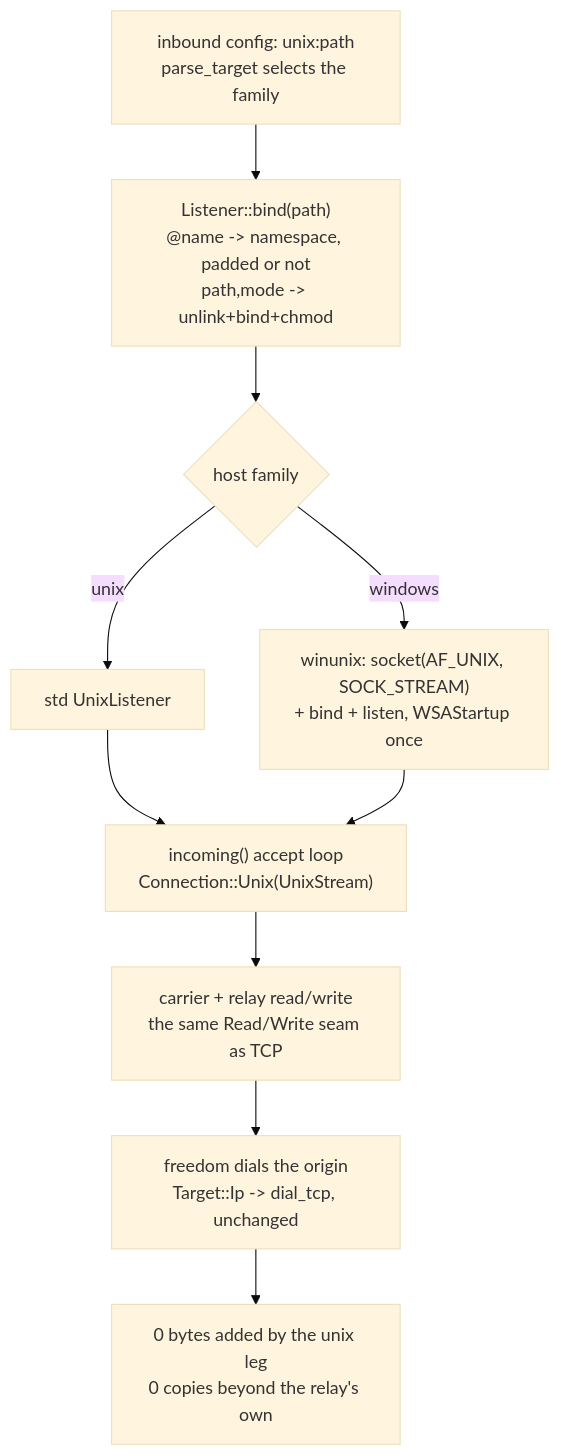
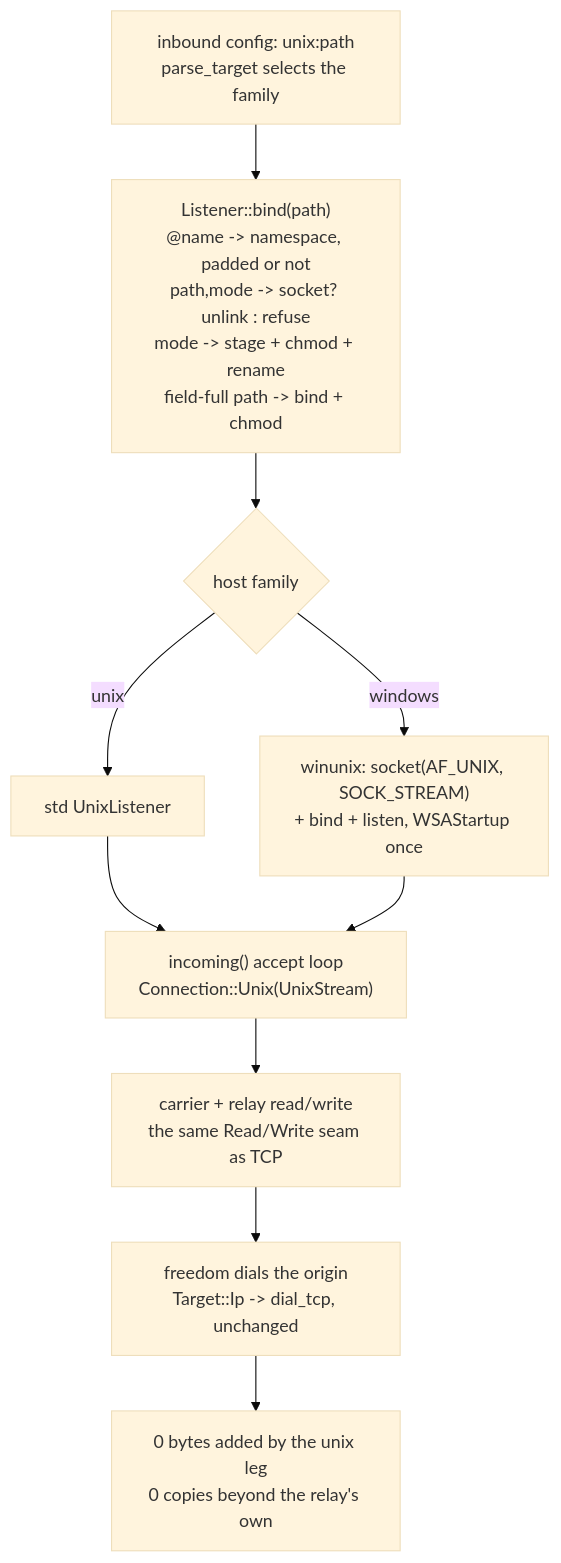
The diagram in docs/function/unix.md (Ferrocite/ferrox), drawn with Mermaid (base theme) before and after one commit. The commit also changed other lines of this file and 2 other files, not shown here.

First line of the commit message:
unix: replace only a stale socket and apply the mode to a staged name (#1540)

````diff
--- a/docs/function/unix.md
+++ b/docs/function/unix.md
@@ -15,12 +15,12 @@
 ```mermaid
 graph TD
-    A["inbound config: unix:path<br/>parse_target selects the family"] --> B["Listener::bind(path)<br/>@name -> namespace, padded or not<br/>path,mode -> unlink+bind+chmod"]
+    A["inbound config: unix:path<br/>parse_target selects the family"] --> B["Listener::bind(path)<br/>@name -> namespace, padded or not<br/>path,mode -> socket? unlink : refuse<br/>mode -> stage + chmod + rename<br/>field-full path -> bind + chmod"]
     B --> W{"host family"}
     W -->|"unix"| B1["std UnixListener"]
     W -->|"windows"| B2["winunix: socket(AF_UNIX, SOCK_STREAM)<br/>+ bind + listen, WSAStartup once"]
     B1 --> I["incoming() accept loop<br/>Connection::Unix(UnixStream)"]
     B2 --> I
     I --> C["carrier + relay read/write<br/>the same Read/Write seam as TCP"]
     C --> D["freedom dials the origin<br/>Target::Ip -> dial_tcp, unchanged"]
     D --> Z["0 bytes added by the unix leg<br/>0 copies beyond the relay's own"]
 ```
````
